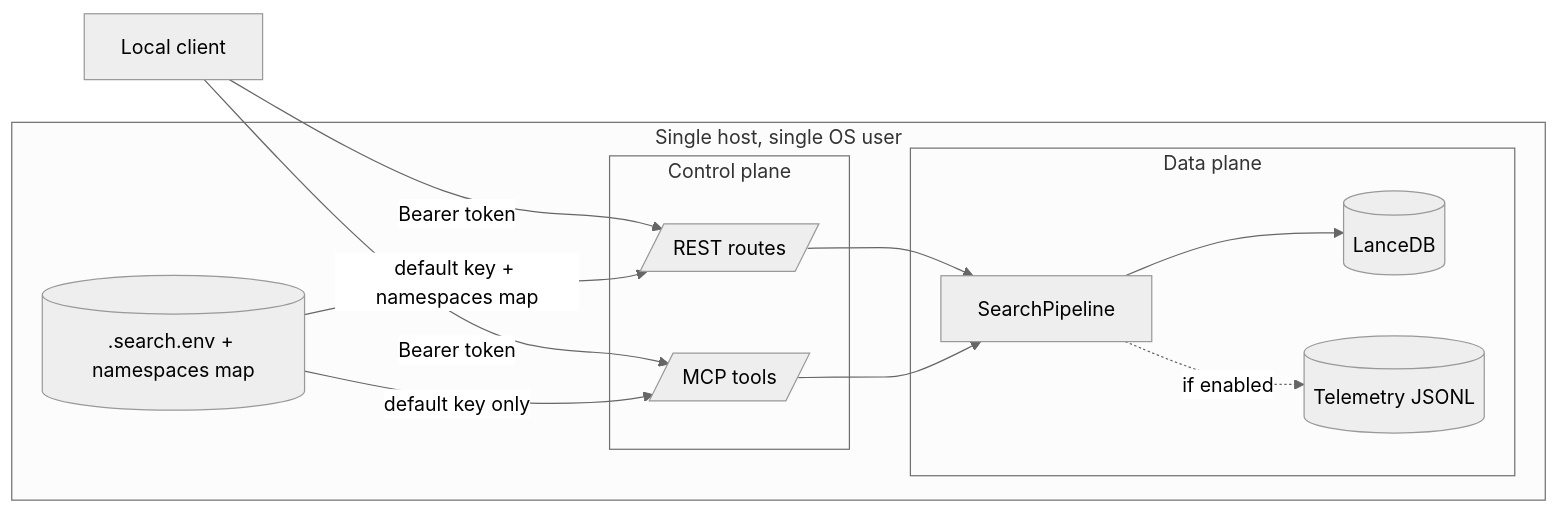
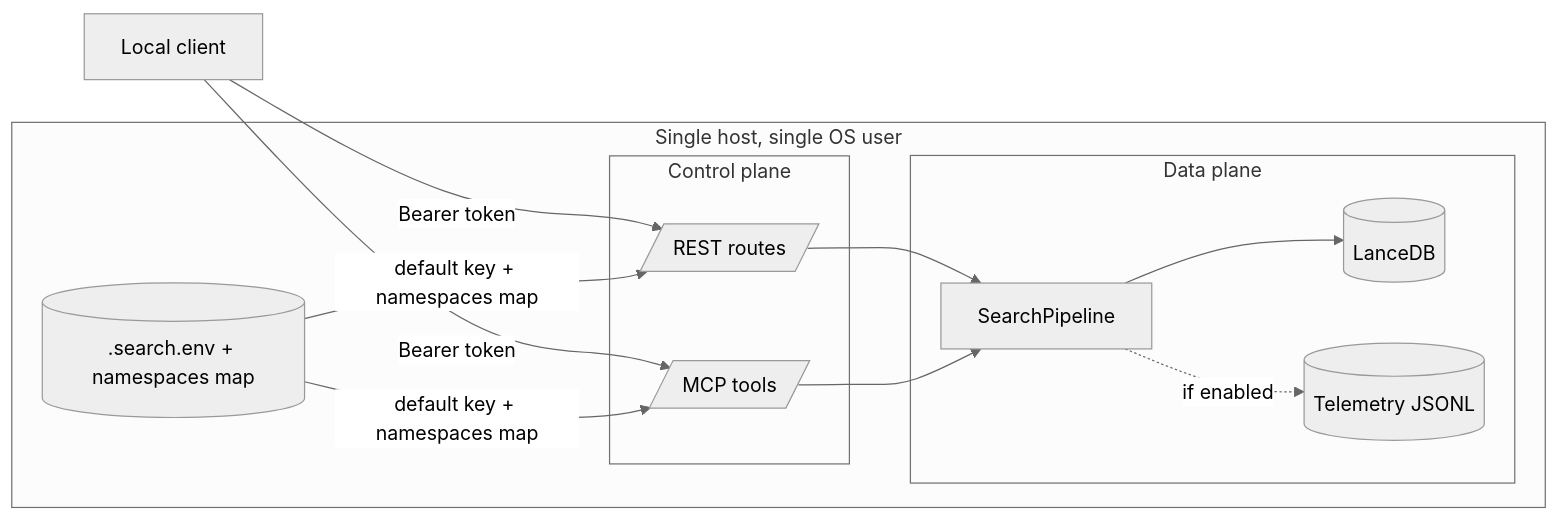
One commit to user538295/archon-search changed the diagram in Documentation/SecurityGuide/01_threat_model.md. Above: the diagram before and after it, drawn with Mermaid (neutral theme). The commit also changed other lines of this file and 81 other files, not shown here.

````diff
--- a/Documentation/SecurityGuide/01_threat_model.md
+++ b/Documentation/SecurityGuide/01_threat_model.md
@@ -34,23 +34,23 @@
 ```mermaid
 flowchart LR
     subgraph Host["Single host, single OS user"]
         subgraph CP["Control plane"]
             REST[/REST routes/]
             MCP[/MCP tools/]
         end
         subgraph DP["Data plane"]
             PIPE[SearchPipeline]
             STORE[(LanceDB)]
             TEL[(Telemetry JSONL)]
         end
         KEYS[(.search.env + namespaces map)]
     end
     Client[Local client] -- "Bearer token" --> REST
     Client -- "Bearer token" --> MCP
     REST --> PIPE
     MCP --> PIPE
     PIPE --> STORE
     PIPE -. "if enabled" .-> TEL
     KEYS -- "default key + namespaces map" --> REST
-    KEYS -- "default key only" --> MCP
+    KEYS -- "default key + namespaces map" --> MCP
 ```
````
